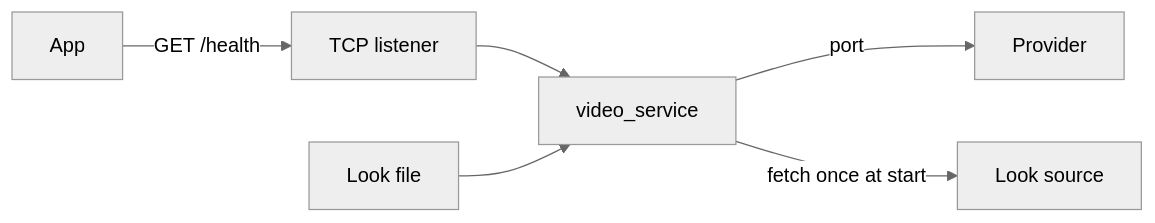
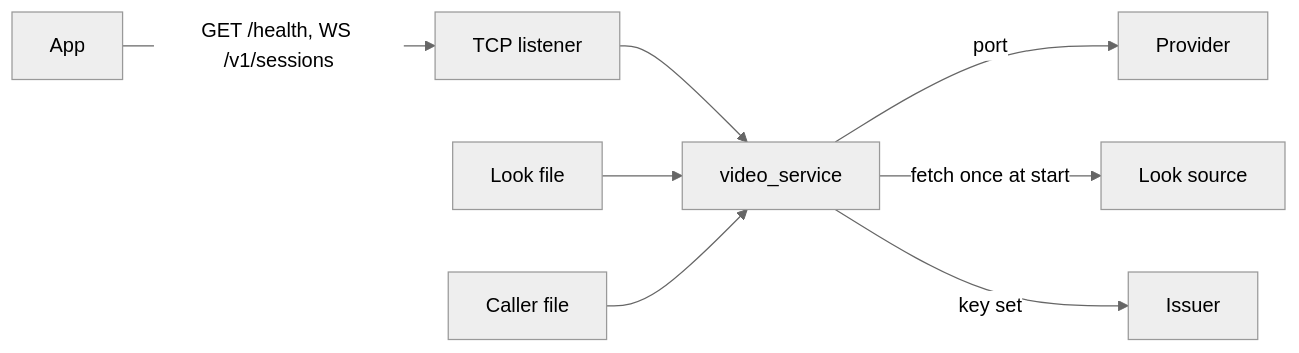
Before and after one commit to overnightworks/video: the diagram in docs/ARCHITECTURE.md, drawn with Mermaid (neutral theme). The commit also changed other lines of this file and 34 other files, not shown here.

First line of the commit message:
Serve sessions: callers, start, sentences, clear, playback and drain on the fake provider (#8)

````diff
--- a/docs/ARCHITECTURE.md
+++ b/docs/ARCHITECTURE.md
@@ -17,8 +19,10 @@
 ```mermaid
 flowchart LR
-    app[App] -->|GET /health| listener[TCP listener]
+    app[App] -->|GET /health, WS /v1/sessions| listener[TCP listener]
     listener --> service[video_service]
     service -->|port| provider[Provider]
     service -->|fetch once at start| source[Look source]
+    service -->|key set| issuer[Issuer]
     file[Look file] --> service
+    callers[Caller file] --> service
 ```
````
